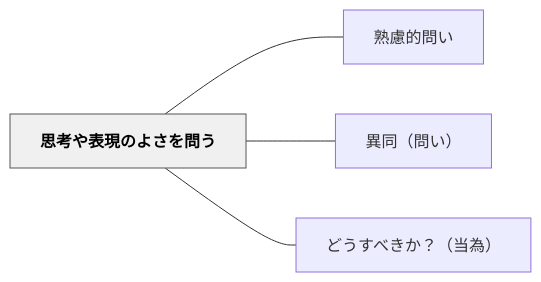
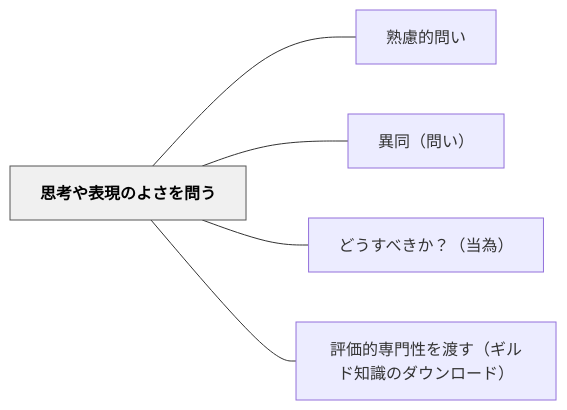
One commit to unknownthings-ed-patterns/unknownthings-ed-patterns changed the diagram in content/パタン/思考や表現のよさを問う.md. Above: the diagram before and after it, drawn with Mermaid. The commit also changed other lines of this file and 42 other files, not shown here.

````diff
--- a/content/パタン/思考や表現のよさを問う.md
+++ b/content/パタン/思考や表現のよさを問う.md
@@ -41,14 +42,16 @@
 ```mermaid
 flowchart LR
     ne6809de88083e38284e8a1a8e78fbee381aee38288e38195e38292e5958fe38186["思考や表現のよさを問う"]
     ne7869fe685aee79a84e5958fe38184["熟慮的問い"]
     ne795b0e5908cefbc88e5958fe38184efbc89["異同（問い）"]
     ne381a9e38186e38199e381b9e3818de3818befbc9fefbc88e5bd93e782baefbc89["どうすべきか？（当為）"]
+    ne8a995e4bea1e79a84e5b082e99680e680a7e38292e6b8a1e38199efbc88e382aee383abe38389e79fa5e8ad98e381aee38380e382a6e383b3e383ade383bce38389efbc89["評価的専門性を渡す（ギルド知識のダウンロード）"]
 
     ne6809de88083e38284e8a1a8e78fbee381aee38288e38195e38292e5958fe38186 --- ne7869fe685aee79a84e5958fe38184
     ne6809de88083e38284e8a1a8e78fbee381aee38288e38195e38292e5958fe38186 --- ne795b0e5908cefbc88e5958fe38184efbc89
     ne6809de88083e38284e8a1a8e78fbee381aee38288e38195e38292e5958fe38186 --- ne381a9e38186e38199e381b9e3818de3818befbc9fefbc88e5bd93e782baefbc89
+    ne6809de88083e38284e8a1a8e78fbee381aee38288e38195e38292e5958fe38186 --- ne8a995e4bea1e79a84e5b082e99680e680a7e38292e6b8a1e38199efbc88e382aee383abe38389e79fa5e8ad98e381aee38380e382a6e383b3e383ade383bce38389efbc89
 
     classDef hub fill:#f0f0f0,stroke:#555,color:#000,font-weight:bold
     class ne6809de88083e38284e8a1a8e78fbee381aee38288e38195e38292e5958fe38186 hub
 ```
````
